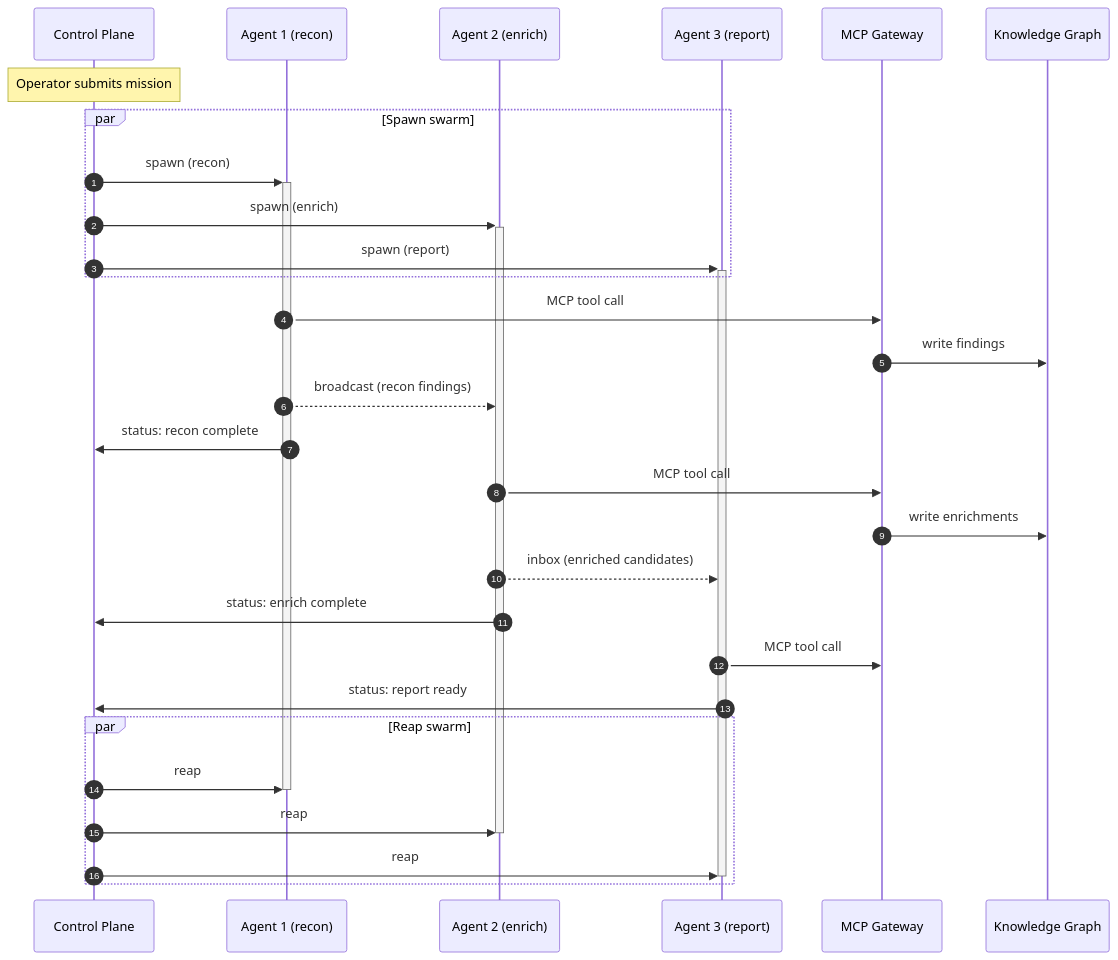
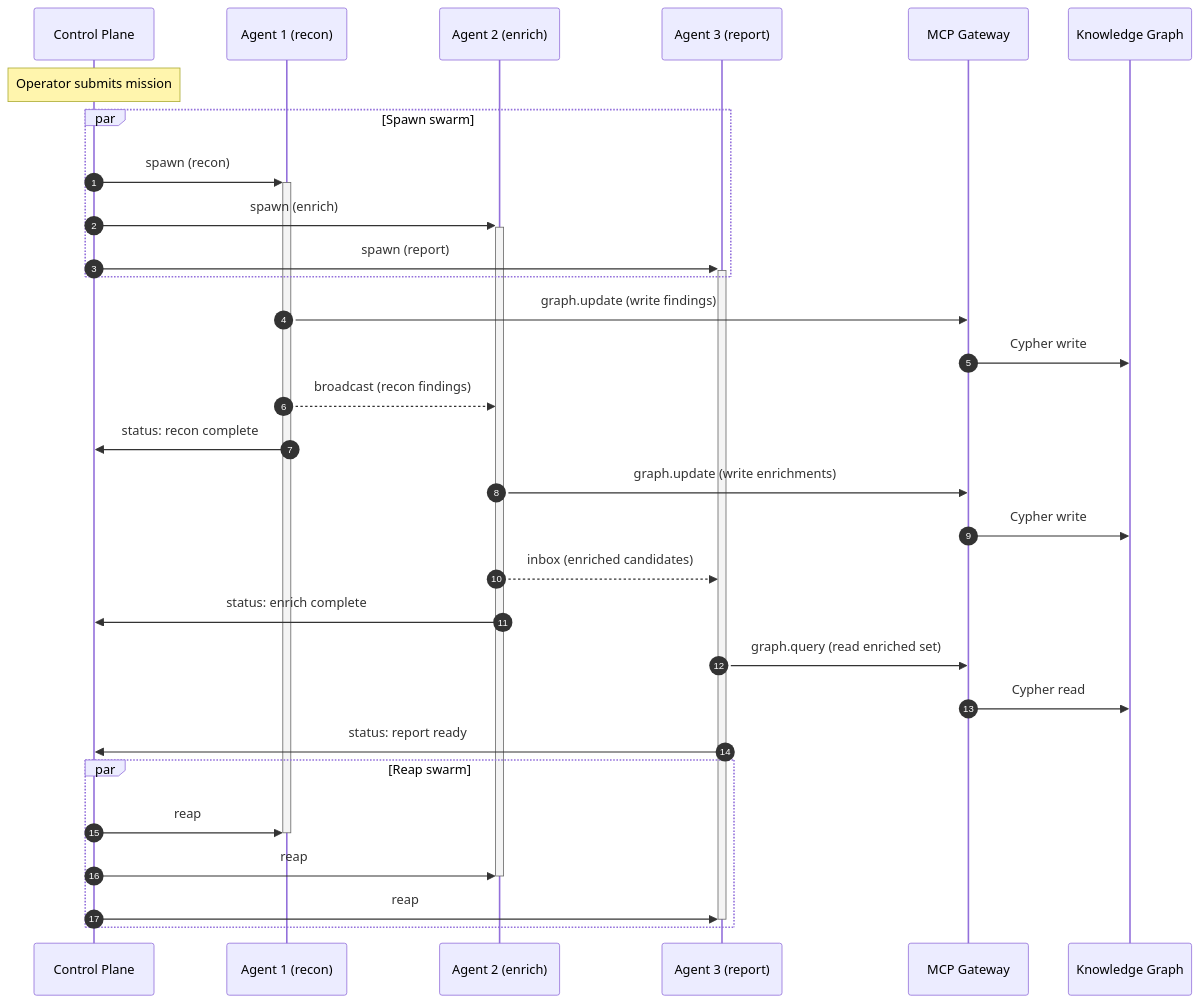
The second of 2 diagrams in README.md (darkquasar/fracta), drawn with Mermaid before and after one commit. The commit also changed other lines of this file, not shown here.

````diff
--- a/README.md
+++ b/README.md
@@ -79,40 +86,41 @@
 ```mermaid
 sequenceDiagram
     autonumber
     participant CP as Control Plane
     participant A1 as Agent 1 (recon)
     participant A2 as Agent 2 (enrich)
     participant A3 as Agent 3 (report)
     participant GW as MCP Gateway
     participant KG as Knowledge Graph
 
     Note over CP: Operator submits mission
 
     par Spawn swarm
         CP->>+A1: spawn (recon)
         CP->>+A2: spawn (enrich)
         CP->>+A3: spawn (report)
     end
 
-    A1->>GW: MCP tool call
-    GW->>KG: write findings
+    A1->>GW: graph.update (write findings)
+    GW->>KG: Cypher write
     A1-->>A2: broadcast (recon findings)
     A1->>CP: status: recon complete
 
-    A2->>GW: MCP tool call
-    GW->>KG: write enrichments
+    A2->>GW: graph.update (write enrichments)
+    GW->>KG: Cypher write
     A2-->>A3: inbox (enriched candidates)
     A2->>CP: status: enrich complete
 
-    A3->>GW: MCP tool call
+    A3->>GW: graph.query (read enriched set)
+    GW->>KG: Cypher read
     A3->>CP: status: report ready
 
     par Reap swarm
         CP->>A1: reap
         deactivate A1
         CP->>A2: reap
         deactivate A2
         CP->>A3: reap
         deactivate A3
     end
 ```
````
